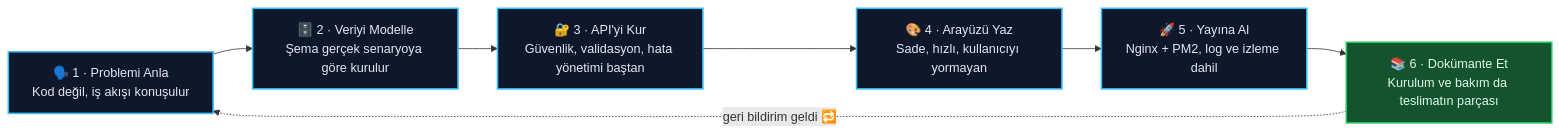
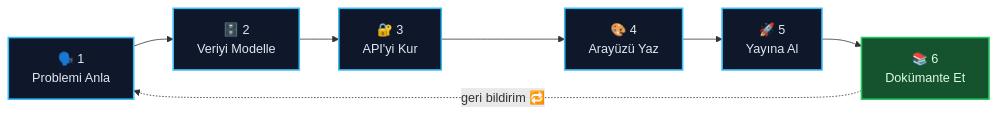
One commit to ahmetonurevis/ahmetonurevis changed the second of 2 diagrams in README.md. Above: the diagram before and after it, drawn with Mermaid. The commit also changed other lines of this file, not shown here.

````diff
--- a/README.md
+++ b/README.md
@@ -198,15 +198,15 @@
 ```mermaid
 flowchart LR
-    A["🗣️ 1 · Problemi Anla<br>Kod değil, iş akışı konuşulur"]:::step
-    B["🗄️ 2 · Veriyi Modelle<br>Şema gerçek senaryoya göre kurulur"]:::step
-    C["🔐 3 · API'yi Kur<br>Güvenlik, validasyon, hata yönetimi baştan"]:::step
-    D["🎨 4 · Arayüzü Yaz<br>Sade, hızlı, kullanıcıyı yormayan"]:::step
-    E["🚀 5 · Yayına Al<br>Nginx + PM2, log ve izleme dahil"]:::step
-    F["📚 6 · Dokümante Et<br>Kurulum ve bakım da teslimatın parçası"]:::done
+    A["🗣️ 1<br>Problemi Anla"]:::step
+    B["🗄️ 2<br>Veriyi Modelle"]:::step
+    C["🔐 3<br>API'yi Kur"]:::step
+    D["🎨 4<br>Arayüzü Yaz"]:::step
+    E["🚀 5<br>Yayına Al"]:::step
+    F["📚 6<br>Dokümante Et"]:::done
 
     A --> B --> C --> D --> E --> F
-    F -.->|"geri bildirim geldi 🔁"| A
+    F -.->|"geri bildirim 🔁"| A
 
     classDef step fill:#0f172a,stroke:#38bdf8,stroke-width:2px,color:#e2e8f0
     classDef done fill:#14532d,stroke:#22c55e,stroke-width:2px,color:#dcfce7
 ```
````
